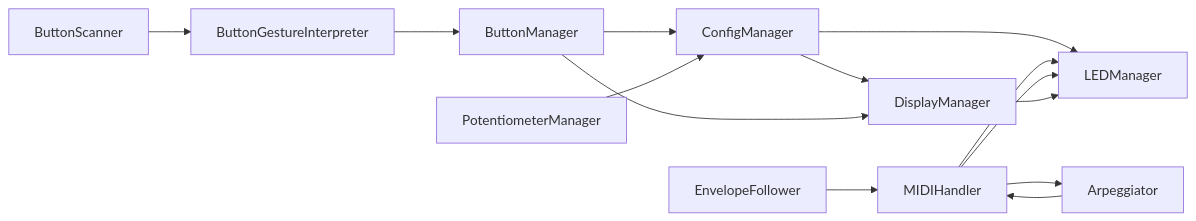
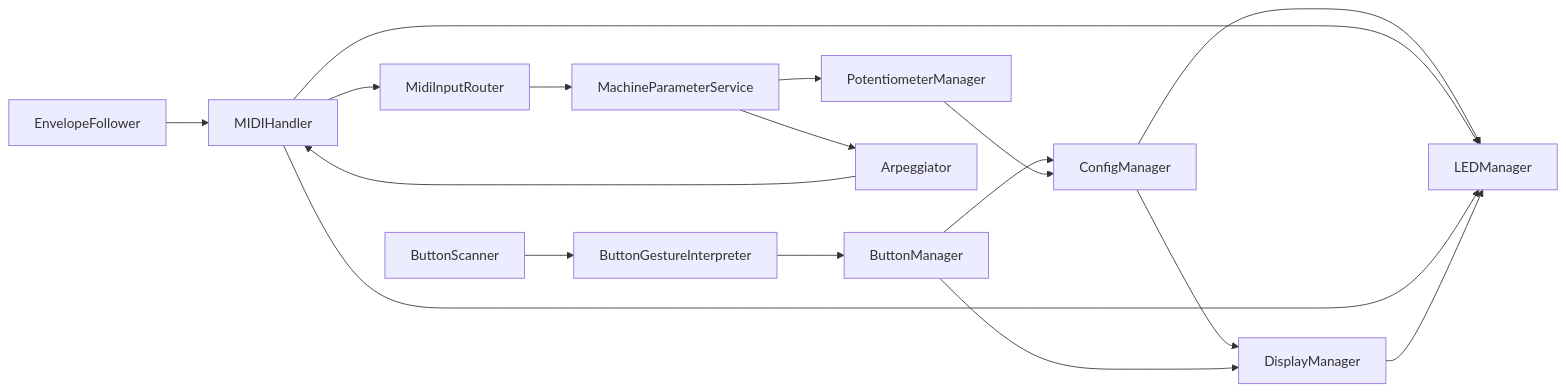
One commit to bseverns/MOARkNOBS-42 changed the diagram in firmware/include/README.md. Above: the diagram before and after it, drawn with Mermaid. The commit also changed other lines of this file and 69 other files, not shown here.

First line of the commit message:
MIDI input parameter registry/mapping

````diff
--- a/firmware/include/README.md
+++ b/firmware/include/README.md
@@ -45,12 +47,14 @@
 ```mermaid
 flowchart LR
     ButtonScanner --> ButtonGestureInterpreter --> ButtonManager
     ButtonManager --> ConfigManager
     PotentiometerManager --> ConfigManager
     ConfigManager --> LEDManager
     ConfigManager --> DisplayManager
-    MIDIHandler --> Arpeggiator
+    MIDIHandler --> MidiInputRouter --> MachineParameterService
+    MachineParameterService --> Arpeggiator
+    MachineParameterService --> PotentiometerManager
     EnvelopeFollower --> MIDIHandler --> LEDManager
     Arpeggiator --> MIDIHandler --> LEDManager
     ButtonManager --> DisplayManager --> LEDManager
 ```
````
